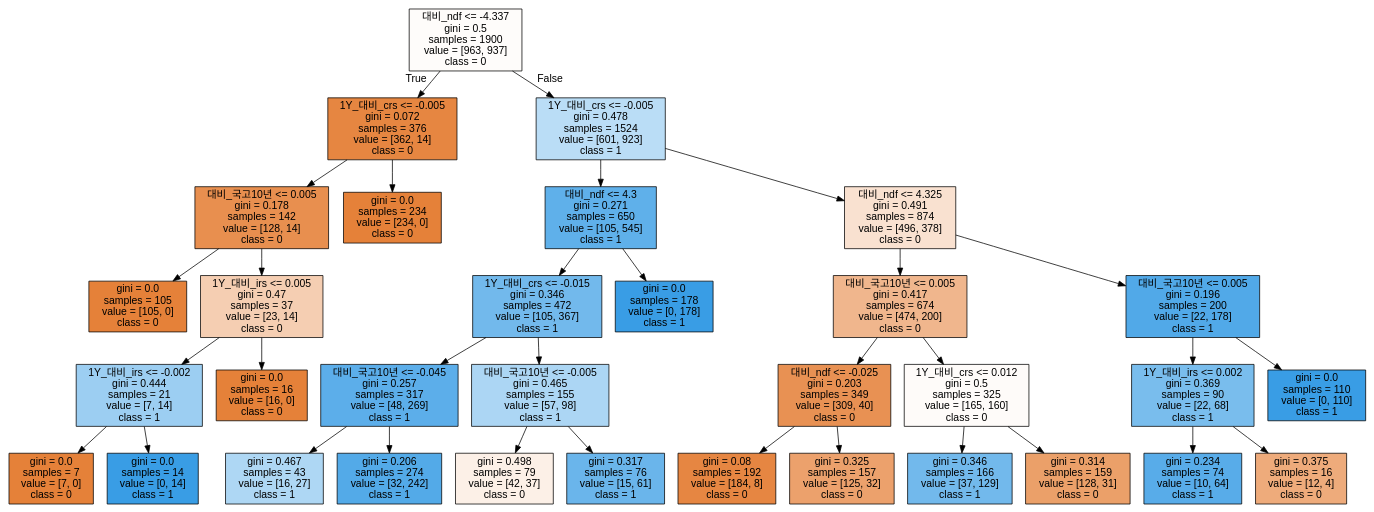
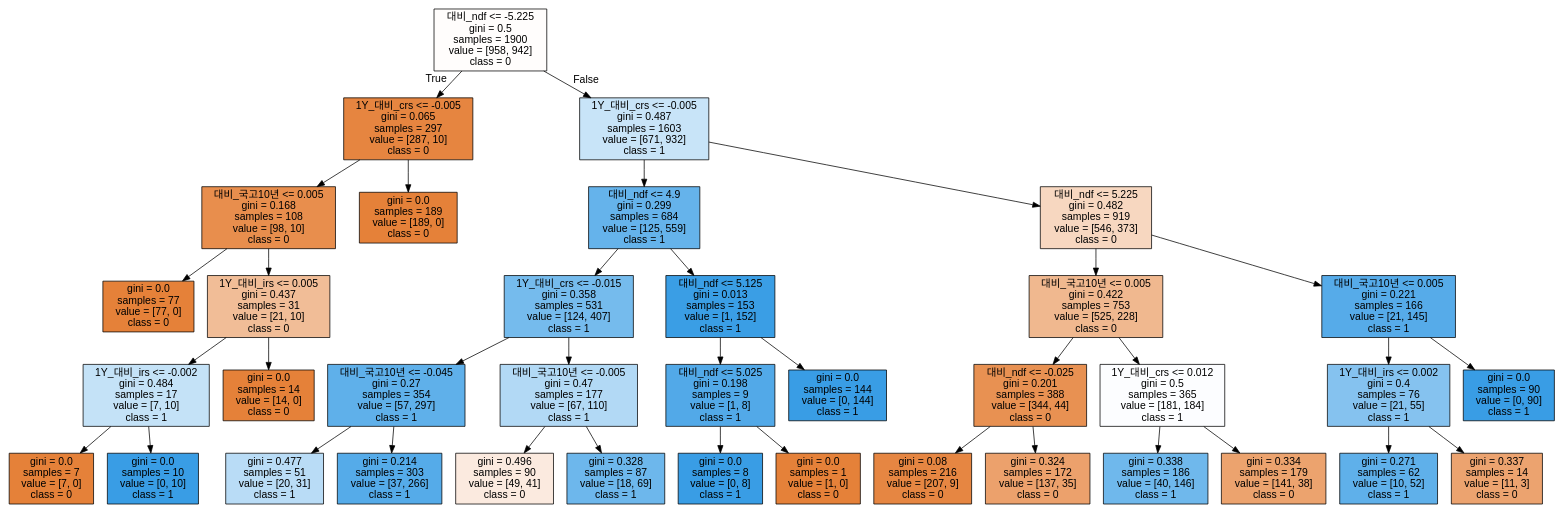
Before and after one commit to MINJIN82/ubion.Project1: the diagram in tree.dot, drawn with Graphviz. The commit also changed 158 other files, not shown here.

```diff
--- a/tree.dot
+++ b/tree.dot
@@ -1,69 +1,77 @@
 digraph Tree {
 node [shape=box, style="filled", color="black", fontname="helvetica"] ;
 edge [fontname="helvetica"] ;
-0 [label="대비_ndf <= -4.337\ngini = 0.5\nsamples = 1900\nvalue = [963, 937]\nclass = 0", fillcolor="#fefcfa"] ;
-1 [label="1Y_대비_crs <= -0.005\ngini = 0.072\nsamples = 376\nvalue = [362, 14]\nclass = 0", fillcolor="#e68641"] ;
+0 [label="대비_ndf <= -5.225\ngini = 0.5\nsamples = 1900\nvalue = [958, 942]\nclass = 0", fillcolor="#fffdfc"] ;
+1 [label="1Y_대비_crs <= -0.005\ngini = 0.065\nsamples = 297\nvalue = [287, 10]\nclass = 0", fillcolor="#e68540"] ;
 0 -> 1 [labeldistance=2.5, labelangle=45, headlabel="True"] ;
-2 [label="대비_국고10년 <= 0.005\ngini = 0.178\nsamples = 142\nvalue = [128, 14]\nclass = 0", fillcolor="#e88f4f"] ;
+2 [label="대비_국고10년 <= 0.005\ngini = 0.168\nsamples = 108\nvalue = [98, 10]\nclass = 0", fillcolor="#e88e4d"] ;
 1 -> 2 ;
-3 [label="gini = 0.0\nsamples = 105\nvalue = [105, 0]\nclass = 0", fillcolor="#e58139"] ;
+3 [label="gini = 0.0\nsamples = 77\nvalue = [77, 0]\nclass = 0", fillcolor="#e58139"] ;
 2 -> 3 ;
-4 [label="1Y_대비_irs <= 0.005\ngini = 0.47\nsamples = 37\nvalue = [23, 14]\nclass = 0", fillcolor="#f5ceb2"] ;
+4 [label="1Y_대비_irs <= 0.005\ngini = 0.437\nsamples = 31\nvalue = [21, 10]\nclass = 0", fillcolor="#f1bd97"] ;
 2 -> 4 ;
-5 [label="1Y_대비_irs <= -0.002\ngini = 0.444\nsamples = 21\nvalue = [7, 14]\nclass = 1", fillcolor="#9ccef2"] ;
+5 [label="1Y_대비_irs <= -0.002\ngini = 0.484\nsamples = 17\nvalue = [7, 10]\nclass = 1", fillcolor="#c4e2f7"] ;
 4 -> 5 ;
 6 [label="gini = 0.0\nsamples = 7\nvalue = [7, 0]\nclass = 0", fillcolor="#e58139"] ;
 5 -> 6 ;
-7 [label="gini = 0.0\nsamples = 14\nvalue = [0, 14]\nclass = 1", fillcolor="#399de5"] ;
+7 [label="gini = 0.0\nsamples = 10\nvalue = [0, 10]\nclass = 1", fillcolor="#399de5"] ;
 5 -> 7 ;
-8 [label="gini = 0.0\nsamples = 16\nvalue = [16, 0]\nclass = 0", fillcolor="#e58139"] ;
+8 [label="gini = 0.0\nsamples = 14\nvalue = [14, 0]\nclass = 0", fillcolor="#e58139"] ;
 4 -> 8 ;
-9 [label="gini = 0.0\nsamples = 234\nvalue = [234, 0]\nclass = 0", fillcolor="#e58139"] ;
+9 [label="gini = 0.0\nsamples = 189\nvalue = [189, 0]\nclass = 0", fillcolor="#e58139"] ;
 1 -> 9 ;
-10 [label="1Y_대비_crs <= -0.005\ngini = 0.478\nsamples = 1524\nvalue = [601, 923]\nclass = 1", fillcolor="#baddf6"] ;
+10 [label="1Y_대비_crs <= -0.005\ngini = 0.487\nsamples = 1603\nvalue = [671, 932]\nclass = 1", fillcolor="#c8e4f8"] ;
 0 -> 10 [labeldistance=2.5, labelangle=-45, headlabel="False"] ;
-11 [label="대비_ndf <= 4.3\ngini = 0.271\nsamples = 650\nvalue = [105, 545]\nclass = 1", fillcolor="#5fb0ea"] ;
+11 [label="대비_ndf <= 4.9\ngini = 0.299\nsamples = 684\nvalue = [125, 559]\nclass = 1", fillcolor="#65b3eb"] ;
 10 -> 11 ;
-12 [label="1Y_대비_crs <= -0.015\ngini = 0.346\nsamples = 472\nvalue = [105, 367]\nclass = 1", fillcolor="#72b9ec"] ;
+12 [label="1Y_대비_crs <= -0.015\ngini = 0.358\nsamples = 531\nvalue = [124, 407]\nclass = 1", fillcolor="#75bbed"] ;
 11 -> 12 ;
-13 [label="대비_국고10년 <= -0.045\ngini = 0.257\nsamples = 317\nvalue = [48, 269]\nclass = 1", fillcolor="#5caeea"] ;
+13 [label="대비_국고10년 <= -0.045\ngini = 0.27\nsamples = 354\nvalue = [57, 297]\nclass = 1", fillcolor="#5fb0ea"] ;
 12 -> 13 ;
-14 [label="gini = 0.467\nsamples = 43\nvalue = [16, 27]\nclass = 1", fillcolor="#aed7f4"] ;
+14 [label="gini = 0.477\nsamples = 51\nvalue = [20, 31]\nclass = 1", fillcolor="#b9dcf6"] ;
 13 -> 14 ;
-15 [label="gini = 0.206\nsamples = 274\nvalue = [32, 242]\nclass = 1", fillcolor="#53aae8"] ;
+15 [label="gini = 0.214\nsamples = 303\nvalue = [37, 266]\nclass = 1", fillcolor="#55abe9"] ;
 13 -> 15 ;
-16 [label="대비_국고10년 <= -0.005\ngini = 0.465\nsamples = 155\nvalue = [57, 98]\nclass = 1", fillcolor="#acd6f4"] ;
+16 [label="대비_국고10년 <= -0.005\ngini = 0.47\nsamples = 177\nvalue = [67, 110]\nclass = 1", fillcolor="#b2d9f5"] ;
 12 -> 16 ;
-17 [label="gini = 0.498\nsamples = 79\nvalue = [42, 37]\nclass = 0", fillcolor="#fcf0e7"] ;
+17 [label="gini = 0.496\nsamples = 90\nvalue = [49, 41]\nclass = 0", fillcolor="#fbeadf"] ;
 16 -> 17 ;
-18 [label="gini = 0.317\nsamples = 76\nvalue = [15, 61]\nclass = 1", fillcolor="#6ab5eb"] ;
+18 [label="gini = 0.328\nsamples = 87\nvalue = [18, 69]\nclass = 1", fillcolor="#6db7ec"] ;
 16 -> 18 ;
-19 [label="gini = 0.0\nsamples = 178\nvalue = [0, 178]\nclass = 1", fillcolor="#399de5"] ;
+19 [label="대비_ndf <= 5.125\ngini = 0.013\nsamples = 153\nvalue = [1, 152]\nclass = 1", fillcolor="#3a9ee5"] ;
 11 -> 19 ;
-20 [label="대비_ndf <= 4.325\ngini = 0.491\nsamples = 874\nvalue = [496, 378]\nclass = 0", fillcolor="#f9e1d0"] ;
-10 -> 20 ;
-21 [label="대비_국고10년 <= 0.005\ngini = 0.417\nsamples = 674\nvalue = [474, 200]\nclass = 0", fillcolor="#f0b68d"] ;
+20 [label="대비_ndf <= 5.025\ngini = 0.198\nsamples = 9\nvalue = [1, 8]\nclass = 1", fillcolor="#52a9e8"] ;
+19 -> 20 ;
+21 [label="gini = 0.0\nsamples = 8\nvalue = [0, 8]\nclass = 1", fillcolor="#399de5"] ;
 20 -> 21 ;
-22 [label="대비_ndf <= -0.025\ngini = 0.203\nsamples = 349\nvalue = [309, 40]\nclass = 0", fillcolor="#e89153"] ;
-21 -> 22 ;
-23 [label="gini = 0.08\nsamples = 192\nvalue = [184, 8]\nclass = 0", fillcolor="#e68642"] ;
-22 -> 23 ;
-24 [label="gini = 0.325\nsamples = 157\nvalue = [125, 32]\nclass = 0", fillcolor="#eca16c"] ;
-22 -> 24 ;
-25 [label="1Y_대비_crs <= 0.012\ngini = 0.5\nsamples = 325\nvalue = [165, 160]\nclass = 0", fillcolor="#fefbf9"] ;
-21 -> 25 ;
-26 [label="gini = 0.346\nsamples = 166\nvalue = [37, 129]\nclass = 1", fillcolor="#72b9ec"] ;
+22 [label="gini = 0.0\nsamples = 1\nvalue = [1, 0]\nclass = 0", fillcolor="#e58139"] ;
+20 -> 22 ;
+23 [label="gini = 0.0\nsamples = 144\nvalue = [0, 144]\nclass = 1", fillcolor="#399de5"] ;
+19 -> 23 ;
+24 [label="대비_ndf <= 5.225\ngini = 0.482\nsamples = 919\nvalue = [546, 373]\nclass = 0", fillcolor="#f7d7c0"] ;
+10 -> 24 ;
+25 [label="대비_국고10년 <= 0.005\ngini = 0.422\nsamples = 753\nvalue = [525, 228]\nclass = 0", fillcolor="#f0b88f"] ;
+24 -> 25 ;
+26 [label="대비_ndf <= -0.025\ngini = 0.201\nsamples = 388\nvalue = [344, 44]\nclass = 0", fillcolor="#e89152"] ;
 25 -> 26 ;
-27 [label="gini = 0.314\nsamples = 159\nvalue = [128, 31]\nclass = 0", fillcolor="#eba069"] ;
-25 -> 27 ;
-28 [label="대비_국고10년 <= 0.005\ngini = 0.196\nsamples = 200\nvalue = [22, 178]\nclass = 1", fillcolor="#51a9e8"] ;
-20 -> 28 ;
-29 [label="1Y_대비_irs <= 0.002\ngini = 0.369\nsamples = 90\nvalue = [22, 68]\nclass = 1", fillcolor="#79bded"] ;
-28 -> 29 ;
-30 [label="gini = 0.234\nsamples = 74\nvalue = [10, 64]\nclass = 1", fillcolor="#58ace9"] ;
+27 [label="gini = 0.08\nsamples = 216\nvalue = [207, 9]\nclass = 0", fillcolor="#e68642"] ;
+26 -> 27 ;
+28 [label="gini = 0.324\nsamples = 172\nvalue = [137, 35]\nclass = 0", fillcolor="#eca16c"] ;
+26 -> 28 ;
+29 [label="1Y_대비_crs <= 0.012\ngini = 0.5\nsamples = 365\nvalue = [181, 184]\nclass = 1", fillcolor="#fcfdff"] ;
+25 -> 29 ;
+30 [label="gini = 0.338\nsamples = 186\nvalue = [40, 146]\nclass = 1", fillcolor="#6fb8ec"] ;
 29 -> 30 ;
-31 [label="gini = 0.375\nsamples = 16\nvalue = [12, 4]\nclass = 0", fillcolor="#eeab7b"] ;
+31 [label="gini = 0.334\nsamples = 179\nvalue = [141, 38]\nclass = 0", fillcolor="#eca36e"] ;
 29 -> 31 ;
-32 [label="gini = 0.0\nsamples = 110\nvalue = [0, 110]\nclass = 1", fillcolor="#399de5"] ;
-28 -> 32 ;
+32 [label="대비_국고10년 <= 0.005\ngini = 0.221\nsamples = 166\nvalue = [21, 145]\nclass = 1", fillcolor="#56abe9"] ;
+24 -> 32 ;
+33 [label="1Y_대비_irs <= 0.002\ngini = 0.4\nsamples = 76\nvalue = [21, 55]\nclass = 1", fillcolor="#85c2ef"] ;
+32 -> 33 ;
+34 [label="gini = 0.271\nsamples = 62\nvalue = [10, 52]\nclass = 1", fillcolor="#5fb0ea"] ;
+33 -> 34 ;
+35 [label="gini = 0.337\nsamples = 14\nvalue = [11, 3]\nclass = 0", fillcolor="#eca36f"] ;
+33 -> 35 ;
+36 [label="gini = 0.0\nsamples = 90\nvalue = [0, 90]\nclass = 1", fillcolor="#399de5"] ;
+32 -> 36 ;
 }
```
